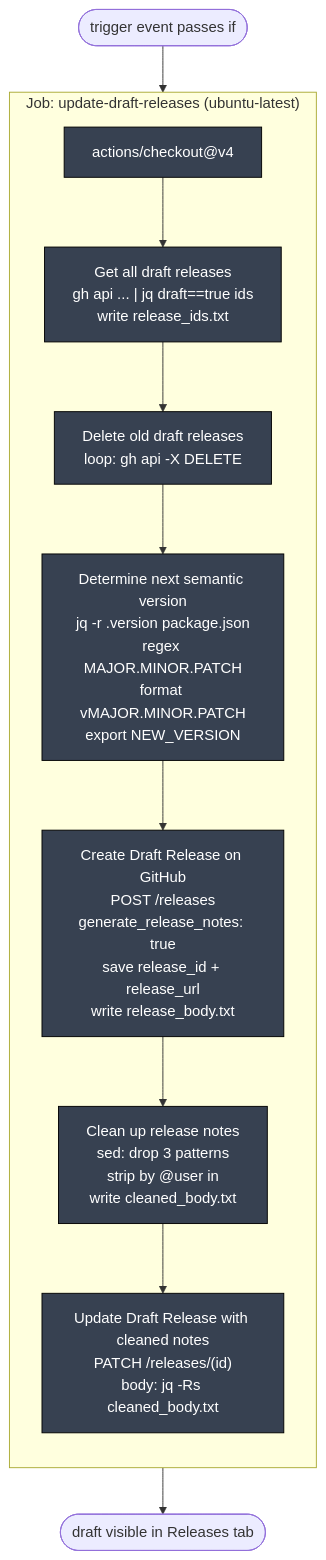
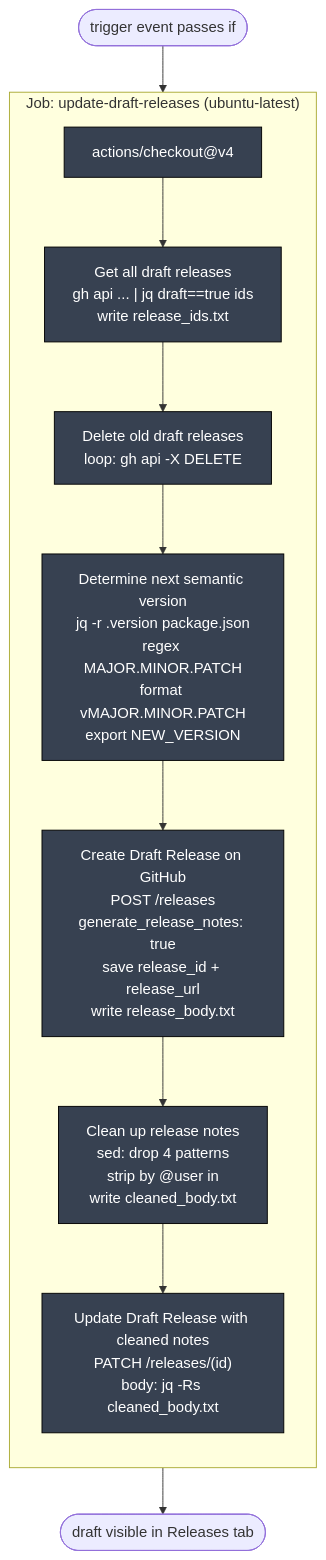
One commit to gregreindel/llm-exe changed the third of 11 diagrams in .github/docs/CREATE_DRAFT_RELEASE_DEEP_DIVE.md. Above: the diagram before and after it, drawn with Mermaid. The commit also changed other lines of this file and 2 other files, not shown here.

Commit message:
docs: sync CREATE_DRAFT_RELEASE deep dive after release notes cleaning change

````diff
--- a/.github/docs/CREATE_DRAFT_RELEASE_DEEP_DIVE.md
+++ b/.github/docs/CREATE_DRAFT_RELEASE_DEEP_DIVE.md
@@ -138,23 +138,23 @@
 ```mermaid
 flowchart TB
     classDef job fill:#1e3a8a,color:#fff,stroke:#000
     classDef step fill:#374151,color:#fff,stroke:#000
     classDef api fill:#064e3b,color:#fff,stroke:#000
 
     start([trigger event passes if])
     start --> J
 
     subgraph J["Job: update-draft-releases (ubuntu-latest)"]
         direction TB
         s0["actions/checkout@v4"]:::step
         s1["Get all draft releases\ngh api ... | jq draft==true ids\nwrite release_ids.txt"]:::step
         s2["Delete old draft releases\nloop: gh api -X DELETE"]:::step
         s3["Determine next semantic version\njq -r .version package.json\nregex MAJOR.MINOR.PATCH\nformat vMAJOR.MINOR.PATCH\nexport NEW_VERSION"]:::step
         s4["Create Draft Release on GitHub\nPOST /releases\ngenerate_release_notes: true\nsave release_id + release_url\nwrite release_body.txt"]:::step
-        s5["Clean up release notes\nsed: drop 3 patterns\nstrip by @user in\nwrite cleaned_body.txt"]:::step
+        s5["Clean up release notes\nsed: drop 4 patterns\nstrip by @user in\nwrite cleaned_body.txt"]:::step
         s6["Update Draft Release with cleaned notes\nPATCH /releases/(id)\nbody: jq -Rs cleaned_body.txt"]:::step
         s0 --> s1 --> s2 --> s3 --> s4 --> s5 --> s6
     end
 
     J --> done([draft visible in Releases tab])
 ```
````
